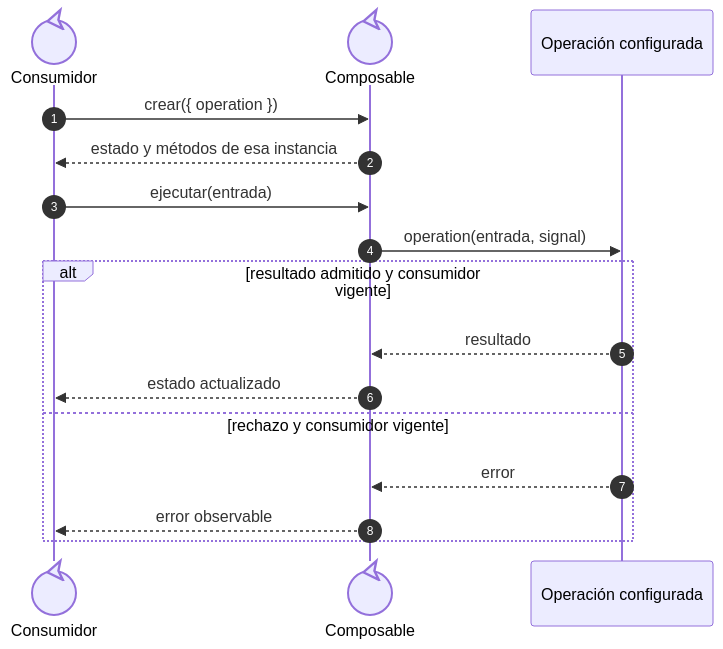
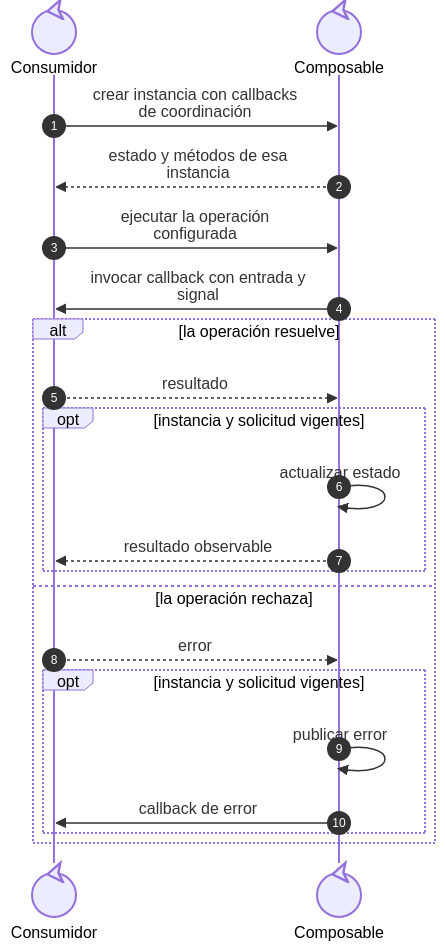
The first of 4 diagrams in front/docs/architecture/views/development/design-and-construction-patterns/03-composables-and-callbacks.md (gpgsistemas01/nexus), drawn with Mermaid before and after one commit. The commit also changed other lines of this file and 68 other files, not shown here.

````diff
--- a/front/docs/architecture/views/development/design-and-construction-patterns/03-composables-and-callbacks.md
+++ b/front/docs/architecture/views/development/design-and-construction-patterns/03-composables-and-callbacks.md
@@ -20,18 +20,23 @@
 ```mermaid
 sequenceDiagram
     autonumber
     participant Consumer@{ "type": "control" } as Consumidor
     participant Core@{ "type": "control" } as Composable
-    participant Operation as Operación configurada
-    Consumer->>Core: crear({ operation })
-    Core-->>Consumer: estado y métodos de esa instancia
-    Consumer->>Core: ejecutar(entrada)
-    Core->>Operation: operation(entrada, signal)
-    alt resultado admitido y consumidor vigente
-        Operation-->>Core: resultado
-        Core-->>Consumer: estado actualizado
-    else rechazo y consumidor vigente
-        Operation-->>Core: error
-        Core-->>Consumer: error observable
+    Consumer->>Core: nowrap: crear instancia con callbacks<br/>de coordinación
+    Core-->>Consumer: nowrap: estado y métodos de esa<br/>instancia
+    Consumer->>Core: nowrap: ejecutar la operación<br/>configurada
+    Core->>Consumer: nowrap: invocar callback con entrada y<br/>signal
+    alt nowrap: la operación resuelve
+        Consumer-->>Core: nowrap: resultado
+        opt nowrap: instancia y solicitud vigentes
+            Core->>Core: nowrap: actualizar estado
+            Core-->>Consumer: nowrap: resultado observable
+        end
+    else nowrap: la operación rechaza
+        Consumer-->>Core: nowrap: error
+        opt nowrap: instancia y solicitud vigentes
+            Core->>Core: nowrap: publicar error
+            Core->>Consumer: nowrap: callback de error
+        end
     end
 ```
````
